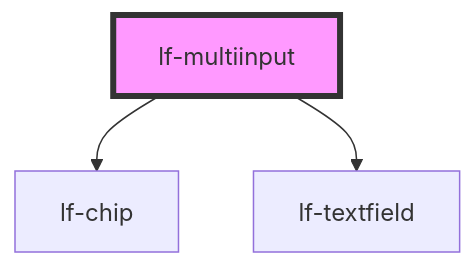
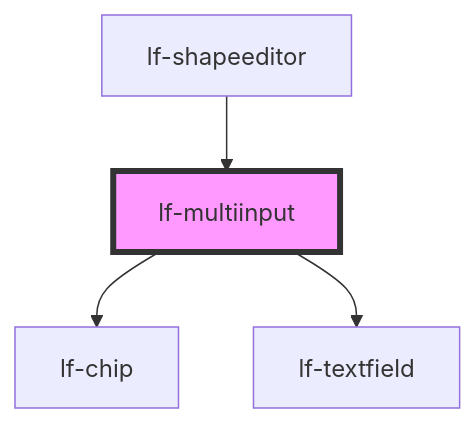
The diagram in packages/core/src/components/lf-multiinput/readme.md (lucafoscili/lf-widgets), drawn with Mermaid before and after one commit. The commit also changed other lines of this file and 27 other files, not shown here.

````diff
--- a/packages/core/src/components/lf-multiinput/readme.md
+++ b/packages/core/src/components/lf-multiinput/readme.md
@@ -179,6 +183,7 @@
 ```mermaid
 graph TD;
   lf-multiinput --> lf-chip
   lf-multiinput --> lf-textfield
+  lf-shapeeditor --> lf-multiinput
   style lf-multiinput fill:#f9f,stroke:#333,stroke-width:4px
 ```
````
